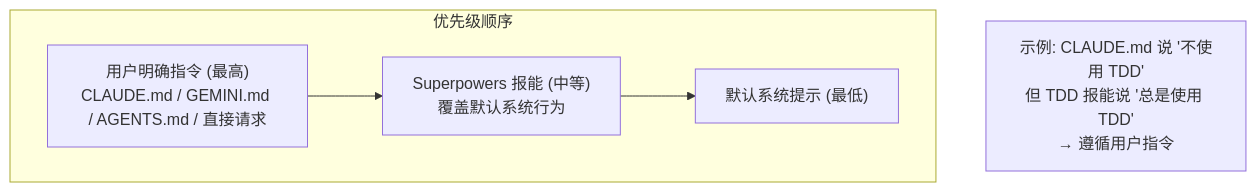
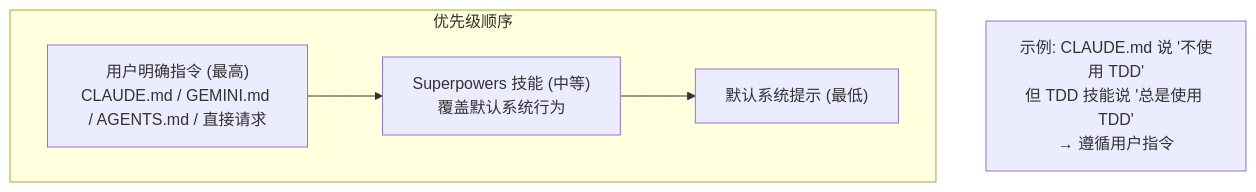
Diagram 18 of 20 in docs/superpowers-flowcharts.md (Jiraiya8/superpowers), drawn with Mermaid before and after one commit. The commit also changed other lines of this file and 1 other file, not shown here.

````diff
--- a/docs/superpowers-flowcharts.md
+++ b/docs/superpowers-flowcharts.md
@@ -645,12 +645,12 @@
 ```mermaid
 graph TB
     subgraph Priority["优先级顺序"]
         P1["用户明确指令 (最高)\nCLAUDE.md / GEMINI.md / AGENTS.md / 直接请求"]
-        P2["Superpowers 报能 (中等)\n覆盖默认系统行为"]
+        P2["Superpowers 技能 (中等)\n覆盖默认系统行为"]
         P3["默认系统提示 (最低)"]
     end
     
     P1 --> P2 --> P3
     
-    Example["示例: CLAUDE.md 说 '不使用 TDD'\n但 TDD 报能说 '总是使用 TDD'\n→ 遵循用户指令"]
+    Example["示例: CLAUDE.md 说 '不使用 TDD'\n但 TDD 技能说 '总是使用 TDD'\n→ 遵循用户指令"]
 ```
````
